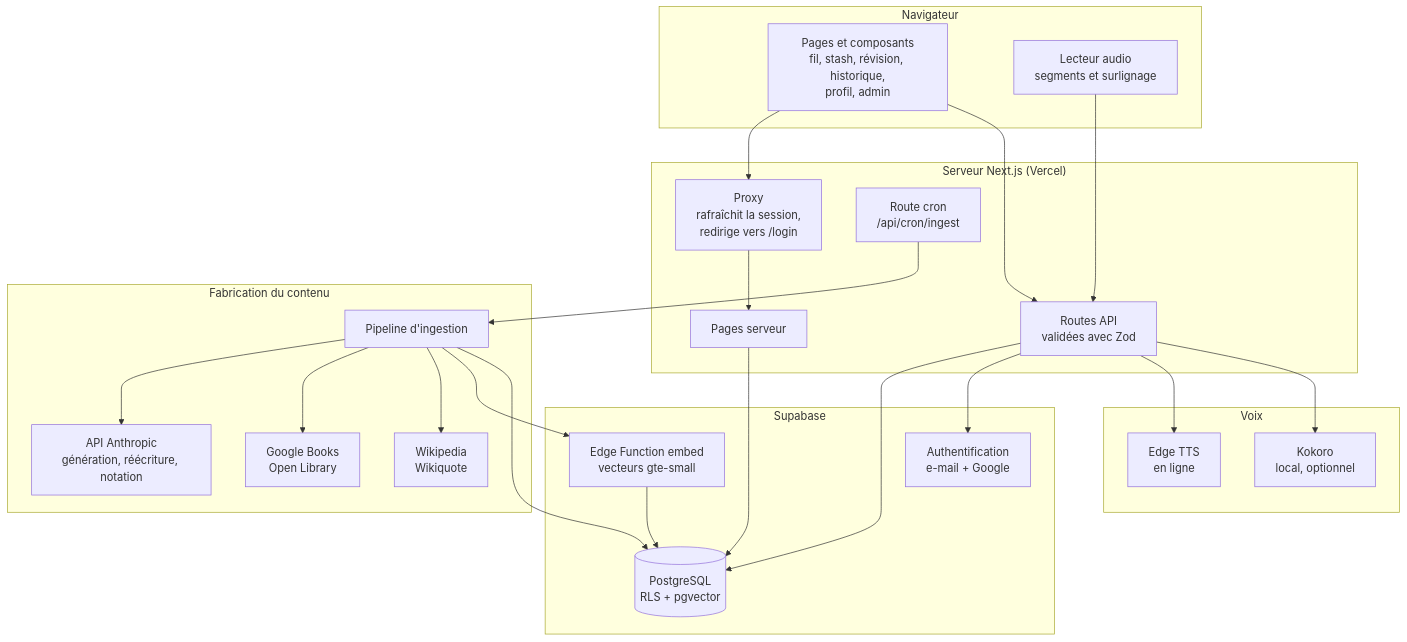
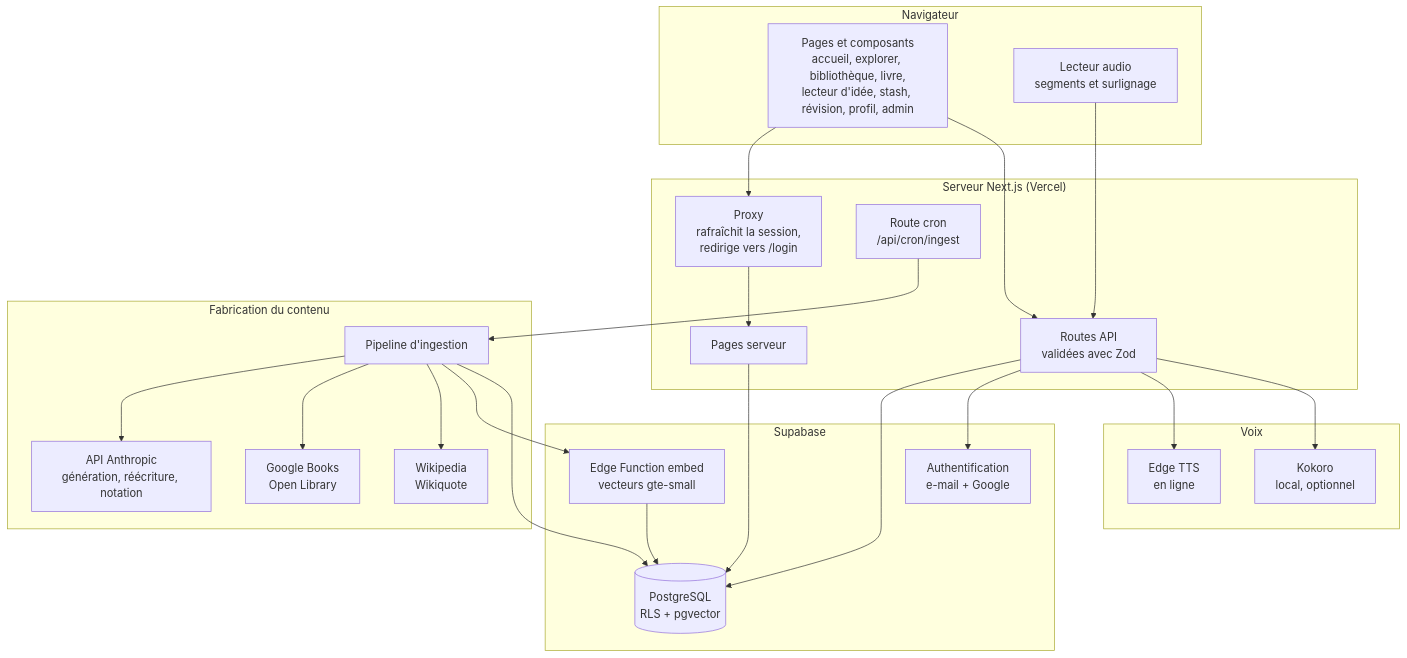
The second of 13 diagrams in docs/DOCUMENTATION.md (sami136kwe/deepstatsh), drawn with Mermaid before and after one commit. The commit also changed other lines of this file and 1 other file, not shown here.

````diff
--- a/docs/DOCUMENTATION.md
+++ b/docs/DOCUMENTATION.md
@@ -65,48 +80,48 @@
 ```mermaid
 flowchart TB
     subgraph Navigateur
-        UI["Pages et composants<br/>fil, stash, révision, historique,<br/>profil, admin"]
+        UI["Pages et composants<br/>accueil, explorer, bibliothèque, livre,<br/>lecteur d'idée, stash, révision, profil, admin"]
         Audio["Lecteur audio<br/>segments et surlignage"]
     end
 
     subgraph Serveur["Serveur Next.js (Vercel)"]
         Proxy["Proxy<br/>rafraîchit la session,<br/>redirige vers /login"]
         Pages["Pages serveur"]
         API["Routes API<br/>validées avec Zod"]
         Cron["Route cron<br/>/api/cron/ingest"]
     end
 
     subgraph Supabase
         Auth["Authentification<br/>e-mail + Google"]
         DB[("PostgreSQL<br/>RLS + pgvector")]
         Embed["Edge Function embed<br/>vecteurs gte-small"]
     end
 
     subgraph Contenu["Fabrication du contenu"]
         Pipe["Pipeline d'ingestion"]
         Claude["API Anthropic<br/>génération, réécriture, notation"]
         Books["Google Books<br/>Open Library"]
         Wiki["Wikipedia<br/>Wikiquote"]
     end
 
     subgraph Voix["Voix"]
         Edge["Edge TTS<br/>en ligne"]
         Kokoro["Kokoro<br/>local, optionnel"]
     end
 
     UI --> Proxy --> Pages
     UI --> API
     Audio --> API
     Pages --> DB
     API --> DB
     API --> Auth
     API --> Edge
     API --> Kokoro
     Cron --> Pipe
     Pipe --> Claude
     Pipe --> Books
     Pipe --> Wiki
     Pipe --> Embed
     Pipe --> DB
     Embed --> DB
 ```
````
